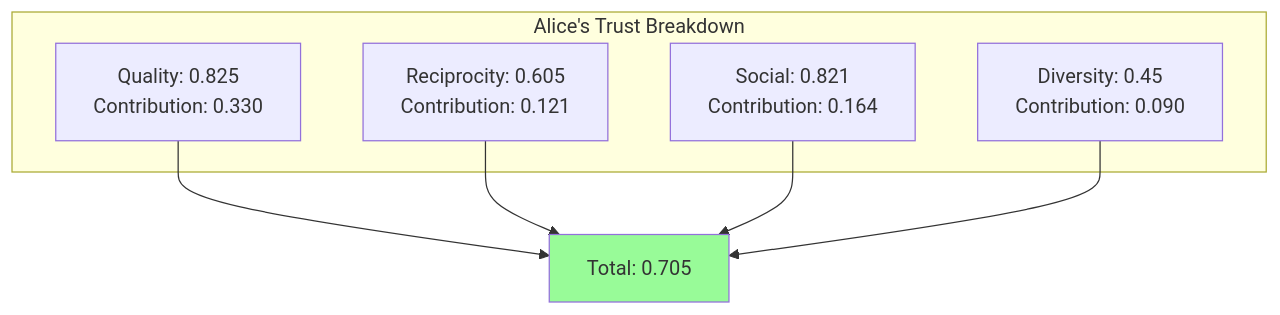
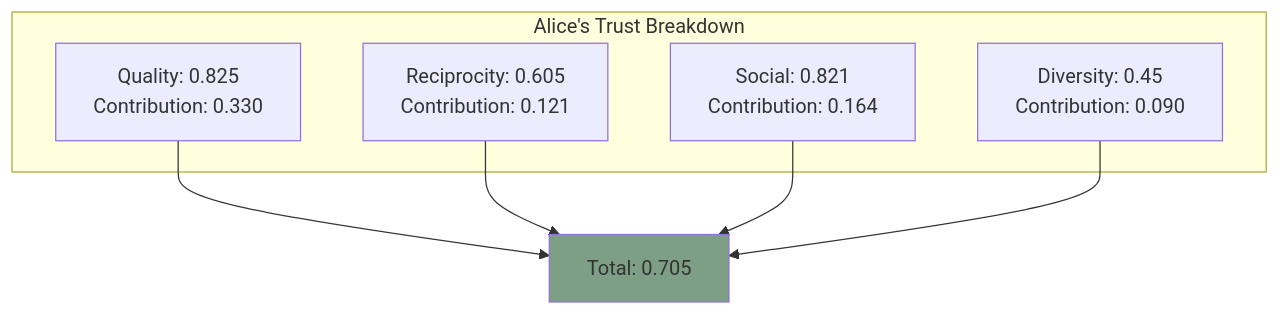
The second of 5 diagrams in docs/tutorials/understanding-trust.md (ScopeCreep-zip/Symbiont), drawn with Mermaid before and after one commit. The commit also changed other lines of this file and 17 other files, not shown here.

Commit message:
update to diagram colors

````diff
--- a/docs/tutorials/understanding-trust.md
+++ b/docs/tutorials/understanding-trust.md
@@ -182,16 +182,16 @@
 ```mermaid
 graph TB
     subgraph "Alice's Trust Breakdown"
         Q["Quality: 0.825<br/>Contribution: 0.330"]
         R["Reciprocity: 0.605<br/>Contribution: 0.121"]
         S["Social: 0.821<br/>Contribution: 0.164"]
         D["Diversity: 0.45<br/>Contribution: 0.090"]
     end
 
     Q --> TOTAL["Total: 0.705"]
     R --> TOTAL
     S --> TOTAL
     D --> TOTAL
 
-    style TOTAL fill:#98FB98
+    style TOTAL fill:#7d9f85
 ```
````
